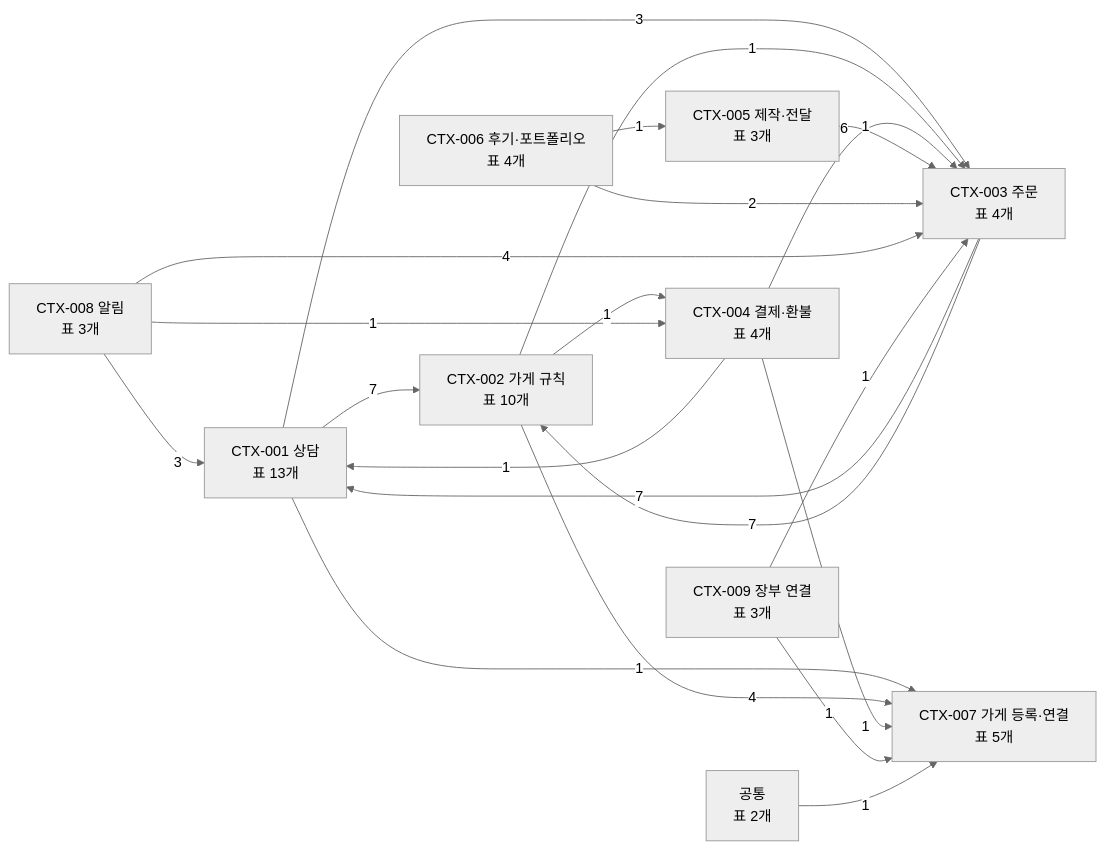
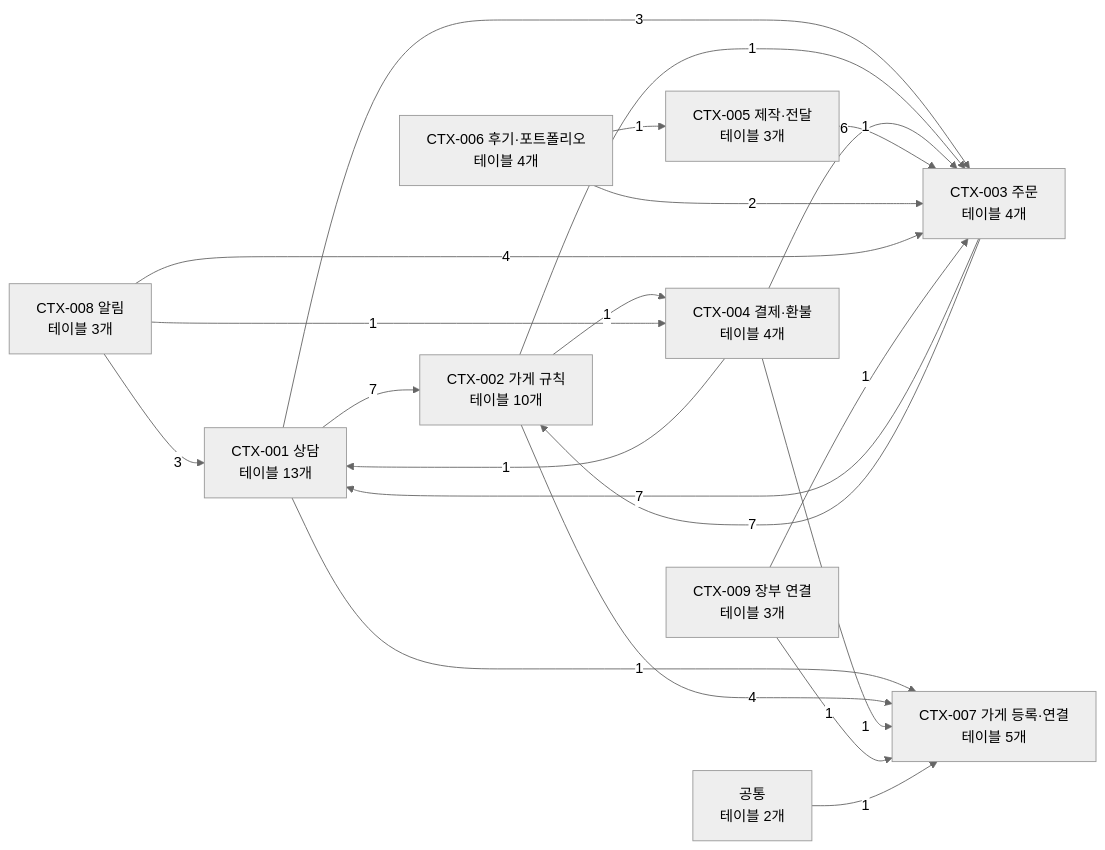
One commit to kodonghui/siljang.ai changed the first of 11 diagrams in docs/05-erd/README.md. Above: the diagram before and after it, drawn with Mermaid (neutral theme). The commit also changed other lines of this file and 55 other files, not shown here.

````diff
--- a/docs/05-erd/README.md
+++ b/docs/05-erd/README.md
@@ -118,33 +118,33 @@
 ```mermaid
 flowchart LR
-  C0["CTX-001 상담<br/>표 13개"]
-  C1["CTX-002 가게 규칙<br/>표 10개"]
-  C2["CTX-003 주문<br/>표 4개"]
-  C3["CTX-004 결제·환불<br/>표 4개"]
-  C4["CTX-005 제작·전달<br/>표 3개"]
-  C5["CTX-006 후기·포트폴리오<br/>표 4개"]
-  C6["CTX-007 가게 등록·연결<br/>표 5개"]
-  C7["CTX-008 알림<br/>표 3개"]
-  C8["CTX-009 장부 연결<br/>표 3개"]
-  C9["공통<br/>표 2개"]
+  C0["CTX-001 상담<br/>테이블 13개"]
+  C1["CTX-002 가게 규칙<br/>테이블 10개"]
+  C2["CTX-003 주문<br/>테이블 4개"]
+  C3["CTX-004 결제·환불<br/>테이블 4개"]
+  C4["CTX-005 제작·전달<br/>테이블 3개"]
+  C5["CTX-006 후기·포트폴리오<br/>테이블 4개"]
+  C6["CTX-007 가게 등록·연결<br/>테이블 5개"]
+  C7["CTX-008 알림<br/>테이블 3개"]
+  C8["CTX-009 장부 연결<br/>테이블 3개"]
+  C9["공통<br/>테이블 2개"]
   C0 -->|7| C1
   C0 -->|3| C2
   C0 -->|1| C6
   C1 -->|1| C2
   C1 -->|1| C3
   C1 -->|4| C6
   C2 -->|7| C0
   C2 -->|7| C1
   C3 -->|1| C0
   C3 -->|6| C2
   C3 -->|1| C6
   C4 -->|1| C2
   C5 -->|2| C2
   C5 -->|1| C4
   C7 -->|3| C0
   C7 -->|4| C2
   C7 -->|1| C3
   C8 -->|1| C2
   C8 -->|1| C6
   C9 -->|1| C6
 ```
````
